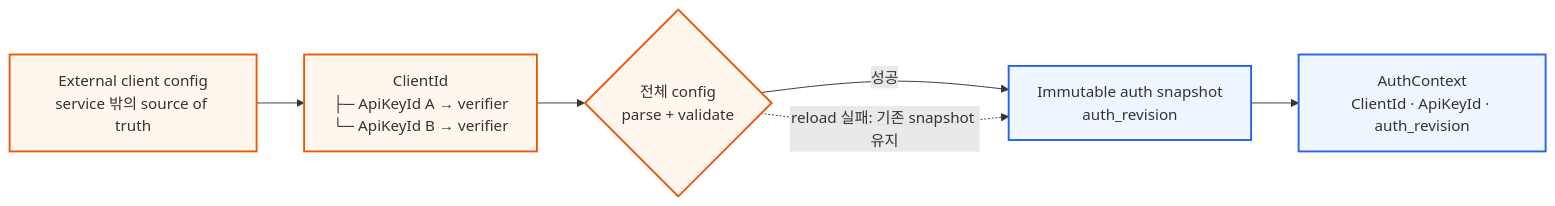
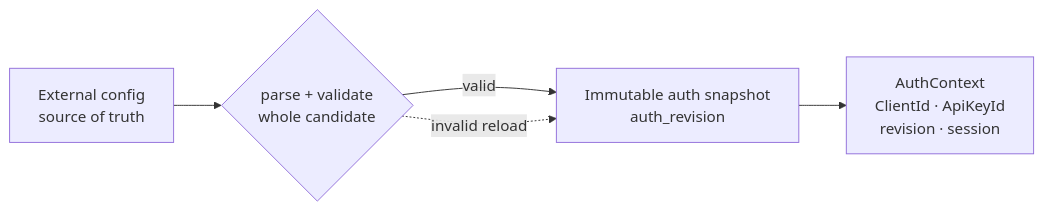
The first of 3 diagrams in docs/spec/002-client-configuration-and-presence.md (cagojeiger/relaygate), drawn with Mermaid before and after one commit. The commit also changed other lines of this file and 120 other files, not shown here.

````diff
--- a/docs/spec/002-client-configuration-and-presence.md
+++ b/docs/spec/002-client-configuration-and-presence.md
@@ -9,17 +9,7 @@
 ```mermaid
 flowchart LR
-    Source["External client config<br/>service 밖의 source of truth"]
-    Tree["ClientId<br/>├─ ApiKeyId A → verifier<br/>└─ ApiKeyId B → verifier"]
-    Validate{"전체 config<br/>parse + validate"}
-    Snapshot["Immutable auth snapshot<br/>auth_revision"]
-    Context["AuthContext<br/>ClientId · ApiKeyId · auth_revision"]
-
-    Source --> Tree --> Validate
-    Validate -->|성공| Snapshot --> Context
-    Validate -. "reload 실패: 기존 snapshot 유지" .-> Snapshot
-
-    classDef external fill:#fff7ed,stroke:#ea580c,stroke-width:2px
-    classDef runtime fill:#eff6ff,stroke:#2563eb,stroke-width:2px
-    class Source,Tree,Validate external
-    class Snapshot,Context runtime
+    S["External config<br/>source of truth"] --> V{"parse + validate<br/>whole candidate"}
+    V -->|valid| A["Immutable auth snapshot<br/>auth_revision"]
+    V -. "invalid reload" .-> A
+    A --> C["AuthContext<br/>ClientId · ApiKeyId<br/>revision · session"]
 ```
````
